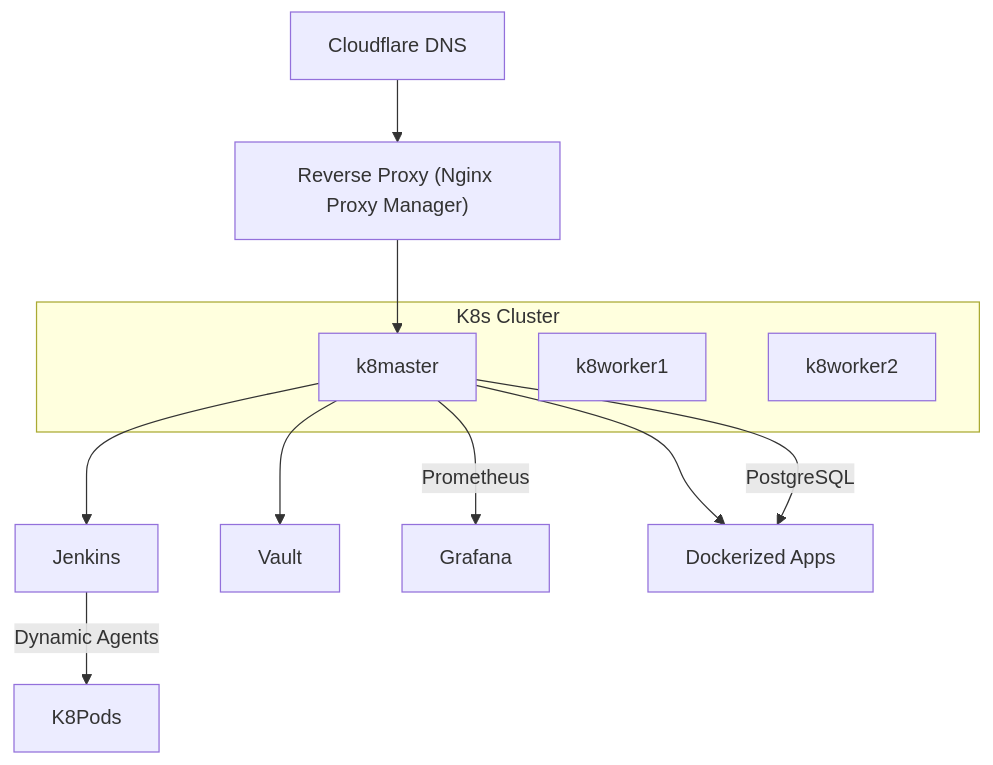
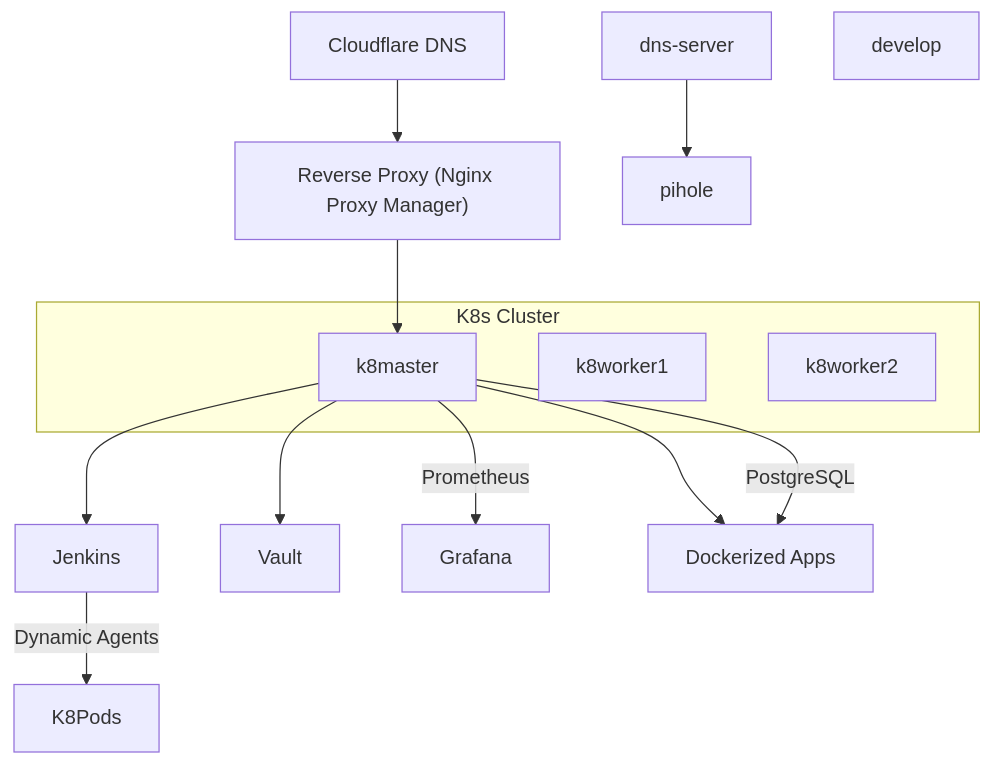
Before and after one commit to tamhid92/devops: the diagram in README.md, drawn with Mermaid.

````diff
--- a/README.md
+++ b/README.md
@@ -26,18 +26,20 @@
 ```mermaid
 graph TD
     CF[Cloudflare DNS] --> RP["Reverse Proxy (Nginx Proxy Manager)"]
     RP --> k8master
 
     subgraph K8s Cluster
         k8master
         k8worker1
         k8worker2
     end
 
     k8master --> Jenkins
     k8master --> Vault
     k8master --> |Prometheus|Grafana
     k8master --> Apps[Dockerized Apps]
     Jenkins -->|Dynamic Agents| K8Pods
     k8master -->|PostgreSQL| Apps
+    dns-server --> pihole
+    develop
 ```
````
